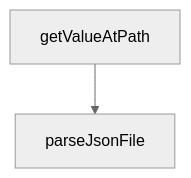
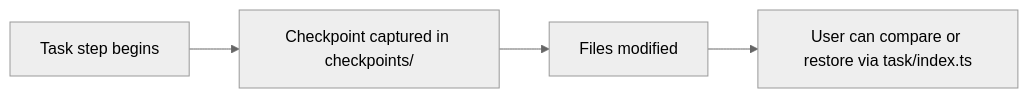
The second of 2 diagrams in tutorials/roo-code-tutorial/05-checkpoints-and-recovery.md (johnxie/awesome-code-docs), drawn with Mermaid (neutral theme) before and after one commit. The commit also changed other lines of this file and 1232 other files, not shown here.

````diff
--- a/tutorials/roo-code-tutorial/05-checkpoints-and-recovery.md
+++ b/tutorials/roo-code-tutorial/05-checkpoints-and-recovery.md
@@ -180,6 +105,6 @@
 ```mermaid
-flowchart TD
-    A[getValueAtPath]
-    B[parseJsonFile]
-    A --> B
+flowchart LR
+    A[Task step begins] --> B[Checkpoint captured in checkpoints/]
+    B --> C[Files modified]
+    C --> D[User can compare or restore via task/index.ts]
 ```
````
